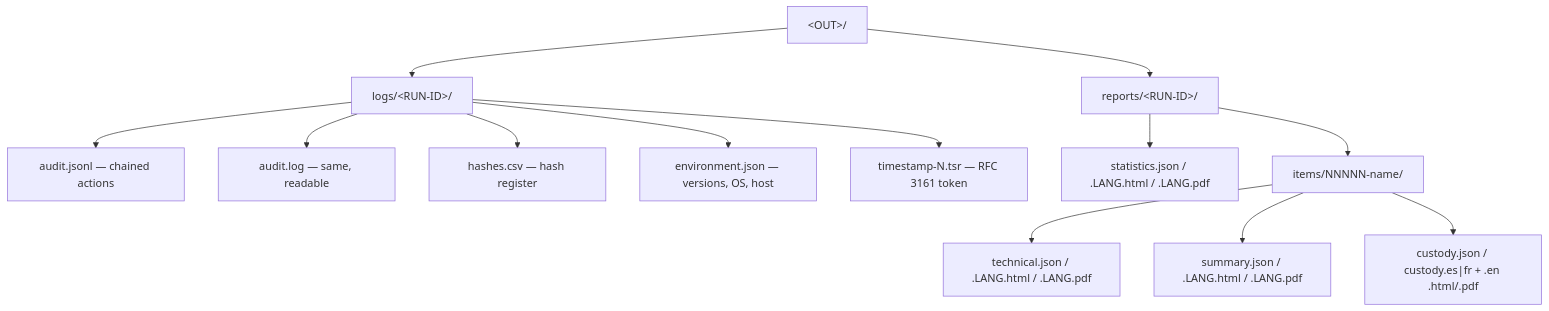
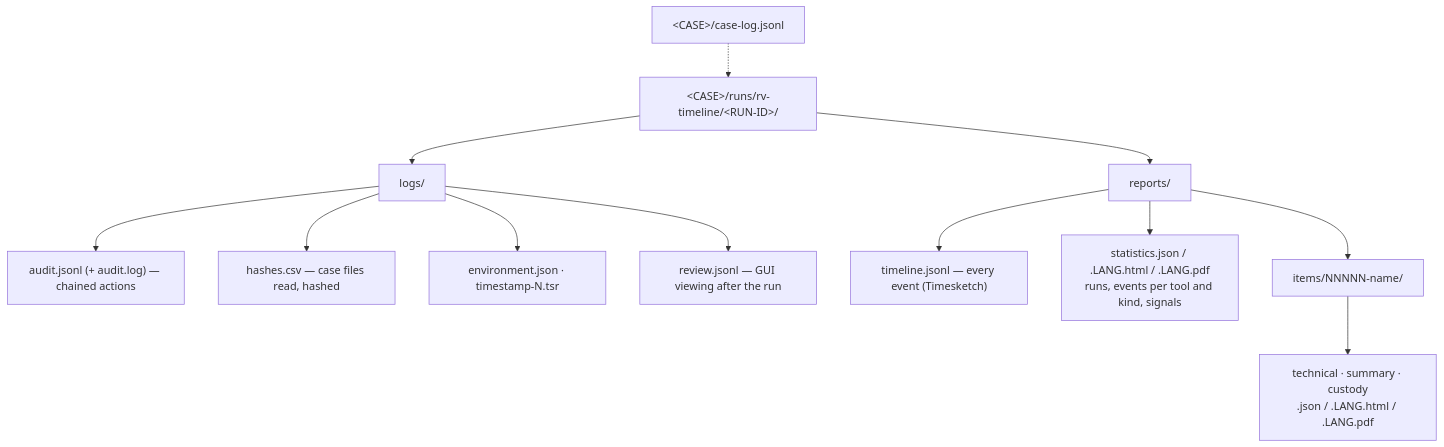
The second of 2 diagrams in README.md (Panacota96/rv-timeline), drawn with Mermaid before and after one commit. The commit also changed other lines of this file and 984 other files, not shown here.

First line of the commit message:
feat: RV Timeline v0.1 — cited case timeline from the Rakvor tools' outputs (#3)

````diff
--- a/README.md
+++ b/README.md
@@ -91,15 +107,14 @@
 ```mermaid
 flowchart TB
-    OUT["&lt;OUT&gt;/"] --> LOGS["logs/&lt;RUN-ID&gt;/"]
-    OUT --> REP["reports/&lt;RUN-ID&gt;/"]
-    LOGS --> L1["audit.jsonl — chained actions"]
-    LOGS --> L2["audit.log — same, readable"]
-    LOGS --> L3["hashes.csv — hash register"]
-    LOGS --> L4["environment.json — versions, OS, host"]
-    REP --> R1["statistics.json / .LANG.html / .LANG.pdf"]
+    RUN["&lt;CASE&gt;/runs/rv-timeline/&lt;RUN-ID&gt;/"] --> LOGS["logs/"]
+    RUN --> REP["reports/"]
+    LOGS --> L1["audit.jsonl (+ audit.log) — chained actions"]
+    LOGS --> L2["hashes.csv — case files read, hashed"]
+    LOGS --> L3["environment.json · timestamp-N.tsr"]
+    LOGS --> L4["review.jsonl — GUI viewing after the run"]
+    REP --> TL["timeline.jsonl — every event (Timesketch)"]
+    REP --> R1["statistics.json / .LANG.html / .LANG.pdf<br/>runs, events per tool and kind, signals"]
     REP --> IT["items/NNNNN-name/"]
-    IT --> T["technical.json / .LANG.html / .LANG.pdf"]
-    IT --> S["summary.json / .LANG.html / .LANG.pdf"]
-    IT --> K["custody.json / custody.es|fr + .en .html/.pdf"]
-    LOGS --> L5["timestamp-N.tsr — RFC 3161 token"]
+    IT --> T["technical · summary · custody<br/>.json / .LANG.html / .LANG.pdf"]
+    CASE["&lt;CASE&gt;/case-log.jsonl"] -.-> RUN
 ```
````
